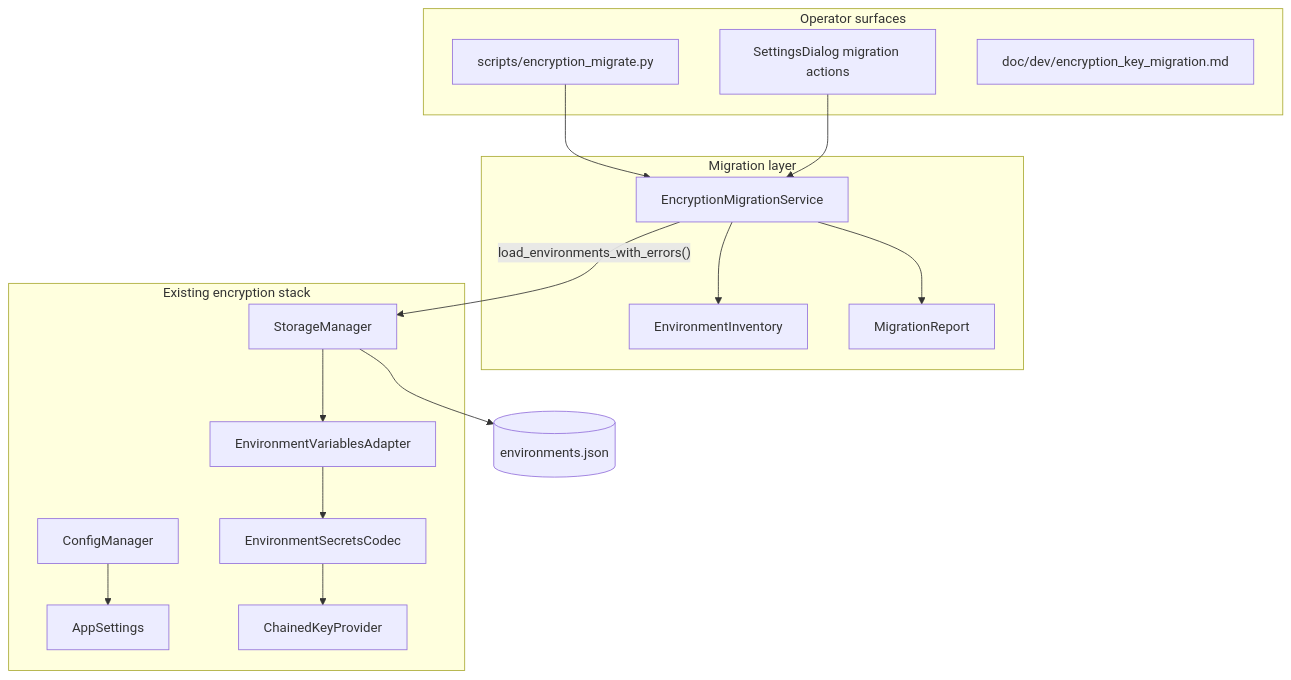
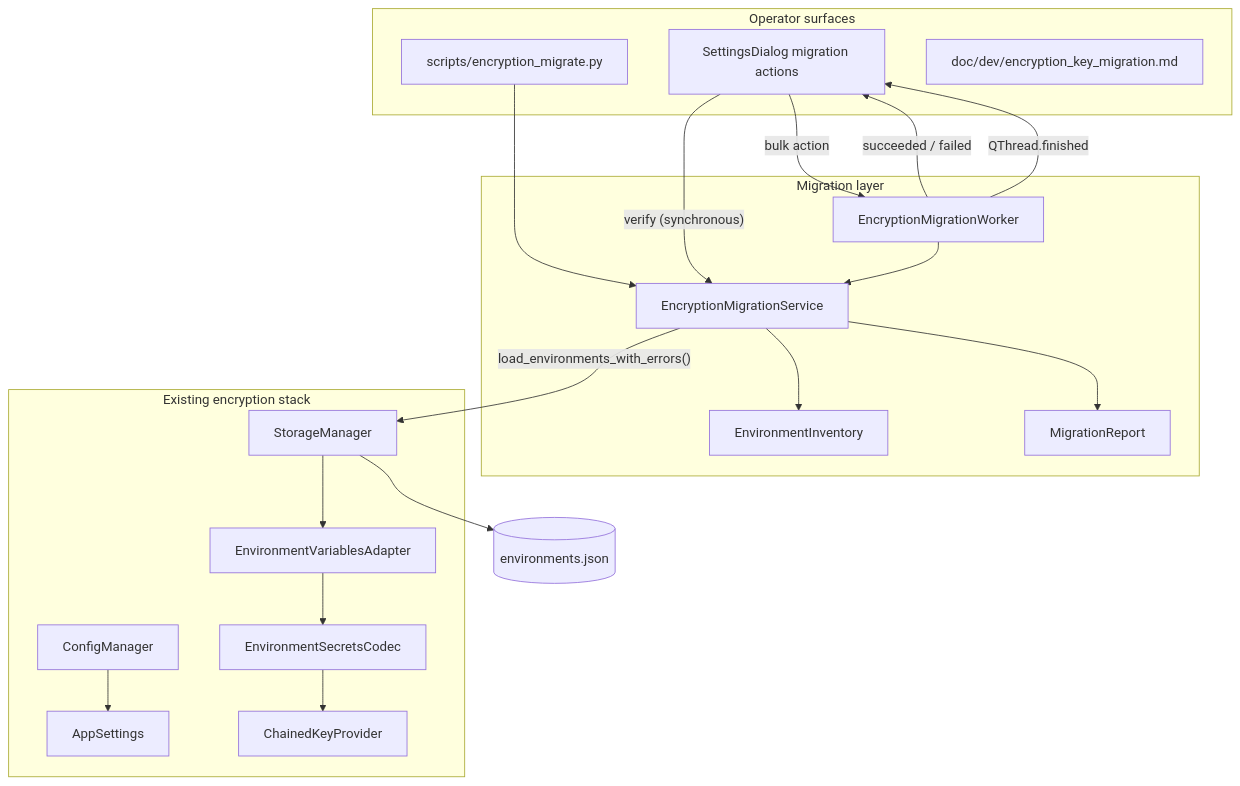
Before and after one commit to koctep/pypost: the diagram in doc/dev/encryption_key_migration.md, drawn with Mermaid. The commit also changed other lines of this file and 10 other files, not shown here.

Commit message:
fix(ui): PYPOST-1072 stabilize migration worker lifecycle

````diff
--- a/doc/dev/encryption_key_migration.md
+++ b/doc/dev/encryption_key_migration.md
@@ -16,34 +20,39 @@
 ```mermaid
 flowchart TD
   subgraph operator [Operator surfaces]
     CLI[scripts/encryption_migrate.py]
     UI[SettingsDialog migration actions]
     DOC[doc/dev/encryption_key_migration.md]
   end
 
   subgraph migration [Migration layer]
+    EMW[EncryptionMigrationWorker]
     EMS[EncryptionMigrationService]
     INV[EnvironmentInventory]
     REP[MigrationReport]
   end
 
   subgraph existing [Existing encryption stack]
     CM[ConfigManager]
     AS[AppSettings]
     SM[StorageManager]
     EVA[EnvironmentVariablesAdapter]
     ESC[EnvironmentSecretsCodec]
     CKP[ChainedKeyProvider]
   end
 
   CLI --> EMS
-  UI --> EMS
+  UI -->|"verify (synchronous)"| EMS
+  UI -->|"bulk action"| EMW
+  EMW --> EMS
+  EMW -->|"succeeded / failed"| UI
+  EMW -->|"QThread.finished"| UI
   EMS --> INV
   EMS --> REP
   EMS -->|"load_environments_with_errors()"| SM
   CM --> AS
   SM --> EVA
   EVA --> ESC
   ESC --> CKP
   SM --> ENV[(environments.json)]
 ```
````
